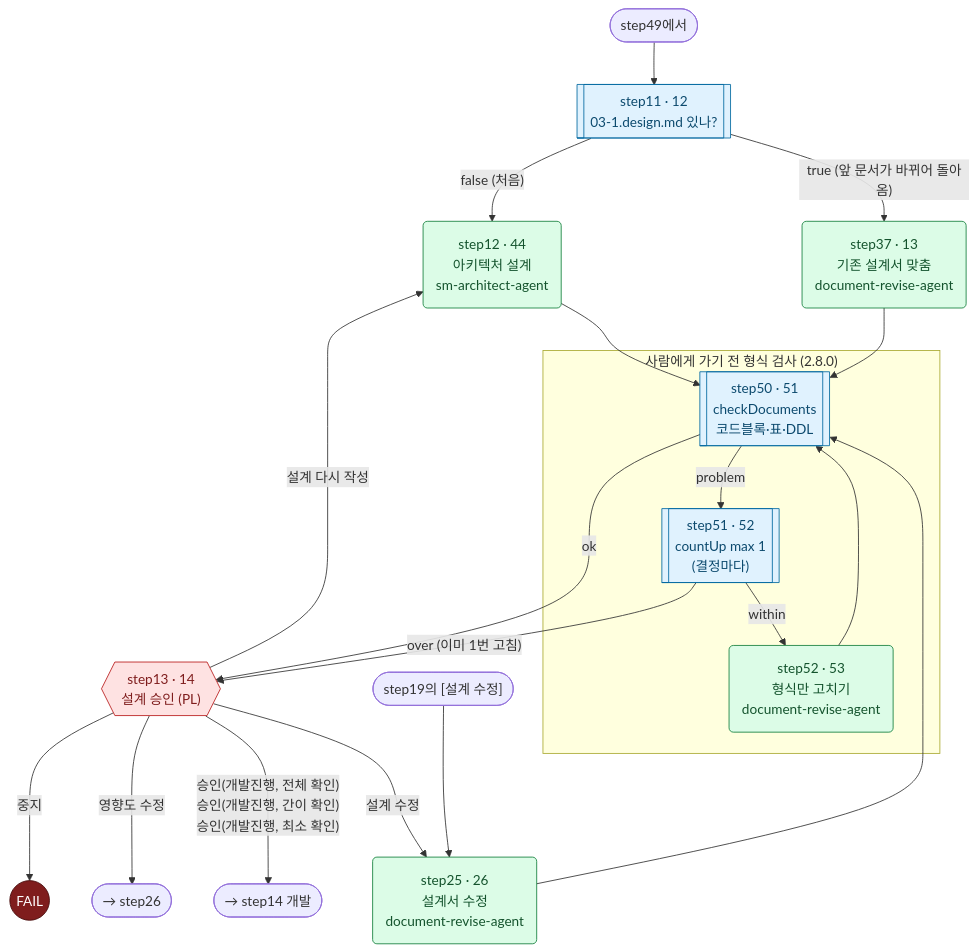
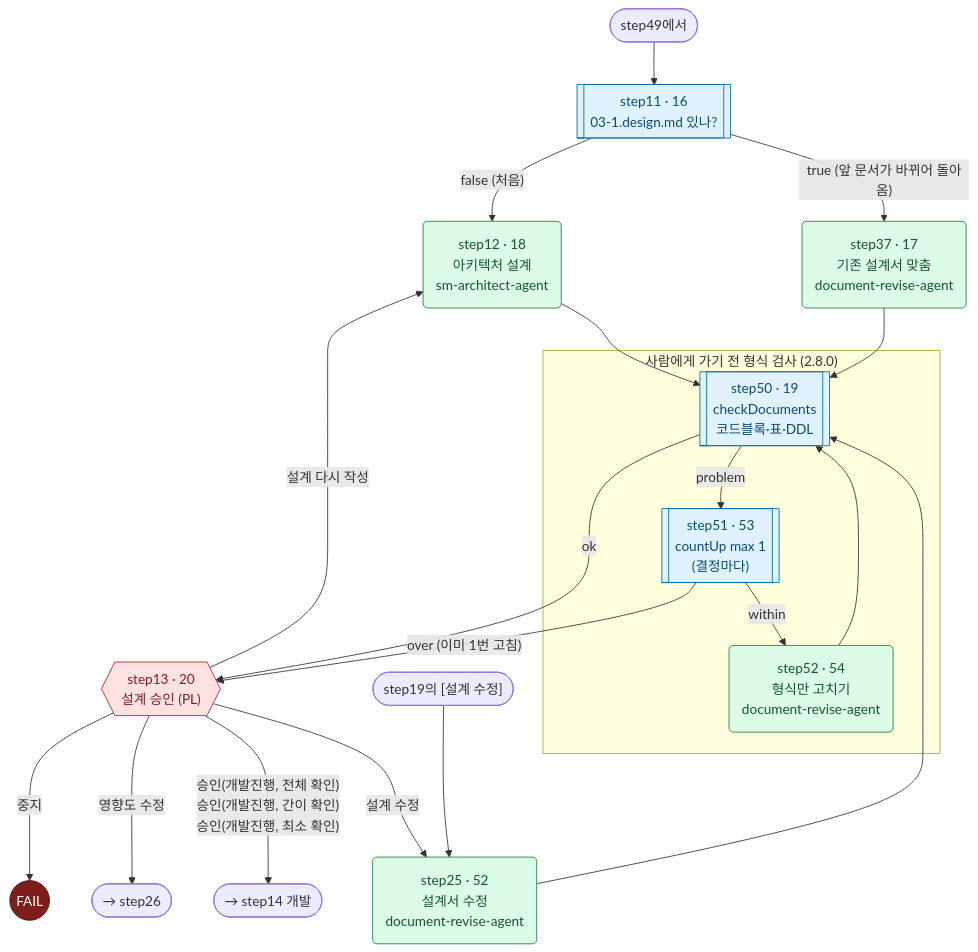
One commit to YongSoekChoeng/dstone changed the tenth of 24 diagrams in docs/09.dstone-ai-engine-sm-workflow.md. Above: the diagram before and after it, drawn with Mermaid. The commit also changed other lines of this file and 27 other files, not shown here.

````diff
--- a/docs/09.dstone-ai-engine-sm-workflow.md
+++ b/docs/09.dstone-ai-engine-sm-workflow.md
@@ -774,32 +765,32 @@
 ```mermaid
 flowchart TD
-    IN(["step49에서"]) --> step11[["step11 · 12<br/>03-1.design.md 있나?"]]:::route
-    step11 -->|"false (처음)"| step12("step12 · 44<br/>아키텍처 설계<br/>sm-architect-agent"):::agent
-    step11 -->|"true (앞 문서가 바뀌어 돌아옴)"| step37("step37 · 13<br/>기존 설계서 맞춤<br/>document-revise-agent"):::agent
+    IN(["step49에서"]) --> step11[["step11 · 16<br/>03-1.design.md 있나?"]]:::route
+    step11 -->|"false (처음)"| step12("step12 · 18<br/>아키텍처 설계<br/>sm-architect-agent"):::agent
+    step11 -->|"true (앞 문서가 바뀌어 돌아옴)"| step37("step37 · 17<br/>기존 설계서 맞춤<br/>document-revise-agent"):::agent
     step12 --> step50
     step37 --> step50
-    step25("step25 · 26<br/>설계서 수정<br/>document-revise-agent"):::agent --> step50
+    step25("step25 · 52<br/>설계서 수정<br/>document-revise-agent"):::agent --> step50
 
     subgraph CHK["사람에게 가기 전 형식 검사 (2.8.0)"]
-        step50[["step50 · 51<br/>checkDocuments<br/>코드블록·표·DDL"]]:::route
-        step51[["step51 · 52<br/>countUp max 1<br/>(결정마다)"]]:::route
-        step52("step52 · 53<br/>형식만 고치기<br/>document-revise-agent"):::agent
+        step50[["step50 · 19<br/>checkDocuments<br/>코드블록·표·DDL"]]:::route
+        step51[["step51 · 53<br/>countUp max 1<br/>(결정마다)"]]:::route
+        step52("step52 · 54<br/>형식만 고치기<br/>document-revise-agent"):::agent
         step50 -->|problem| step51
         step51 -->|within| step52
         step52 --> step50
     end
 
-    step50 -->|ok| step13{{"step13 · 14<br/>설계 승인 (PL)"}}:::appr
+    step50 -->|ok| step13{{"step13 · 20<br/>설계 승인 (PL)"}}:::appr
     step51 -->|"over (이미 1번 고침)"| step13
     step13 -->|"승인(개발진행, 전체 확인)<br/>승인(개발진행, 간이 확인)<br/>승인(개발진행, 최소 확인)"| DEV(["→ step14 개발"])
     step13 -->|설계 수정| step25
     step13 -->|설계 다시 작성| step12
     step13 -->|영향도 수정| IMP(["→ step26"])
     step13 -->|중지| FAIL((FAIL)):::bad
     FROM(["step19의 [설계 수정]"]) --> step25
 
     classDef route fill:#e0f2fe,stroke:#0369a1,color:#0c4a6e
     classDef agent fill:#dcfce7,stroke:#15803d,color:#14532d
     classDef appr fill:#fee2e2,stroke:#b91c1c,color:#7f1d1d
     classDef bad fill:#7f1d1d,stroke:#450a0a,color:#ffffff
 ```
````
